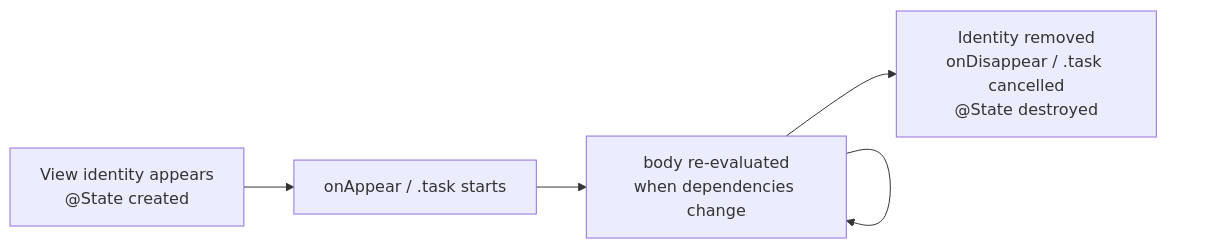
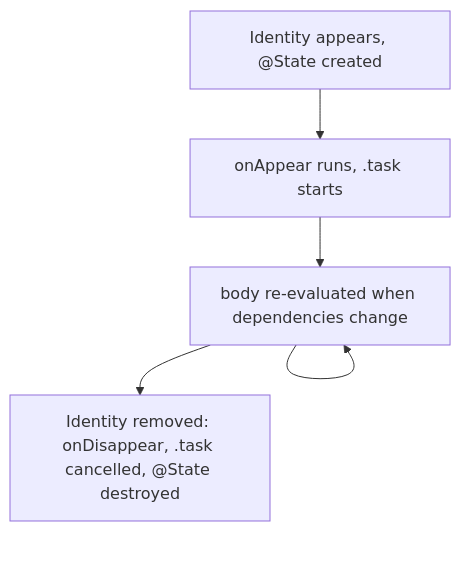
Before and after one commit to AkshayAshokCode/iOS-Interview-Questions-and-Answers: the first of 9 diagrams in topics/10-swiftui.md, drawn with Mermaid. The commit also changed other lines of this file and 18 other files, not shown here.

````diff
--- a/topics/10-swiftui.md
+++ b/topics/10-swiftui.md
@@ -60,7 +228,7 @@
 ```mermaid
-flowchart LR
-    AP["View identity appears<br/>@State created"] --> OA["onAppear / .task starts"]
-    OA --> UP["body re-evaluated<br/>when dependencies change"]
+flowchart TD
+    AP["Identity appears, @State created"] --> OA["onAppear runs, .task starts"]
+    OA --> UP["body re-evaluated when dependencies change"]
     UP --> UP
-    UP --> DIS["Identity removed<br/>onDisappear / .task cancelled<br/>@State destroyed"]
+    UP --> DIS["Identity removed: onDisappear, .task cancelled, @State destroyed"]
 ```
````
